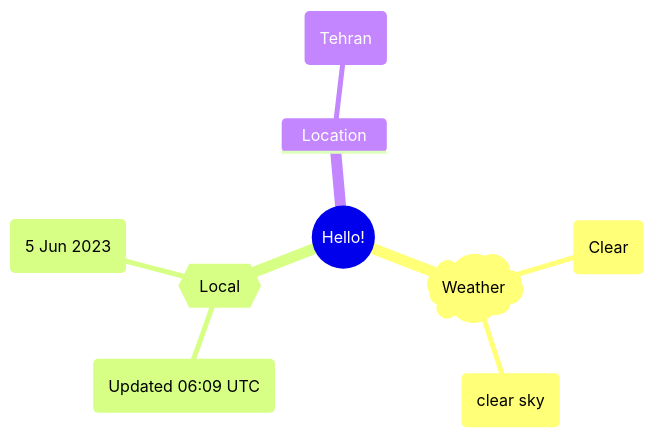
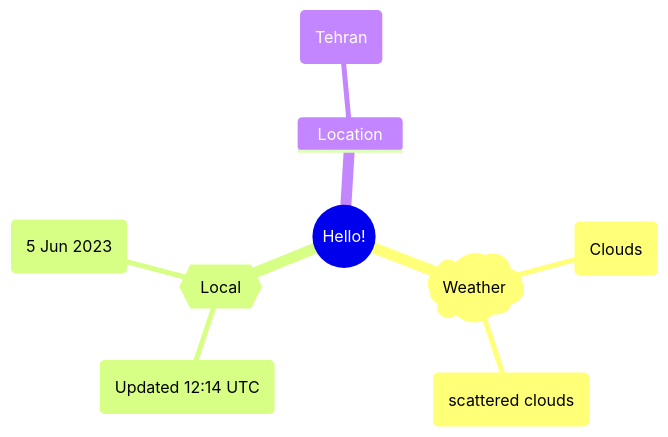
Before and after one commit to Xosrov/Xosrov: the first of 2 diagrams in README.md, drawn with Mermaid.

Commit message:
[bot] updated images

````diff
--- a/README.md
+++ b/README.md
@@ -3,12 +3,12 @@
 ```mermaid
 mindmap
   root((Hello!))
     )Weather(
-        (Clear)
-        (clear sky)
+        (Clouds)
+        (scattered clouds)
     {{Local}}
-        (Updated 06:09 UTC)
+        (Updated 12:14 UTC)
         (5 Jun 2023)
     Location
         (Tehran)
 ```
````
